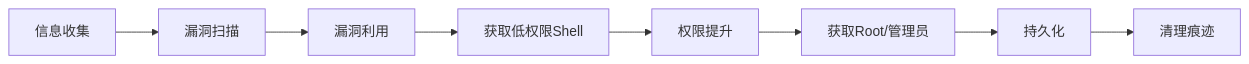
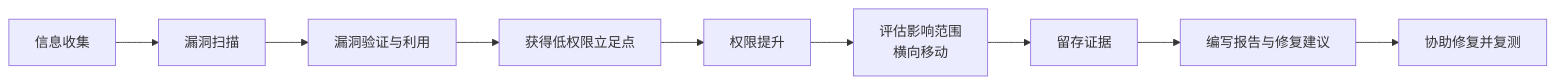
Before and after one commit to before80/prgms: the third of 3 diagrams in content/linux/safe_test/Chapter-73-Penetration-Testing.md, drawn with Mermaid. The commit also changed other lines of this file and 1645 other files, not shown here.

````diff
--- a/content/linux/safe_test/Chapter-73-Penetration-Testing.md
+++ b/content/linux/safe_test/Chapter-73-Penetration-Testing.md
@@ -396,10 +690,11 @@
 ```mermaid
 graph LR
     A[信息收集] --> B[漏洞扫描]
-    B --> C[漏洞利用]
-    C --> D[获取低权限Shell]
+    B --> C[漏洞验证与利用]
+    C --> D[获得低权限立足点]
     D --> E[权限提升]
-    E --> F[获取Root/管理员]
-    F --> G[持久化]
-    G --> H[清理痕迹]
+    E --> F[评估影响范围<br/>横向移动]
+    F --> G[留存证据]
+    G --> H[编写报告与修复建议]
+    H --> I[协助修复并复测]
 ```
````
